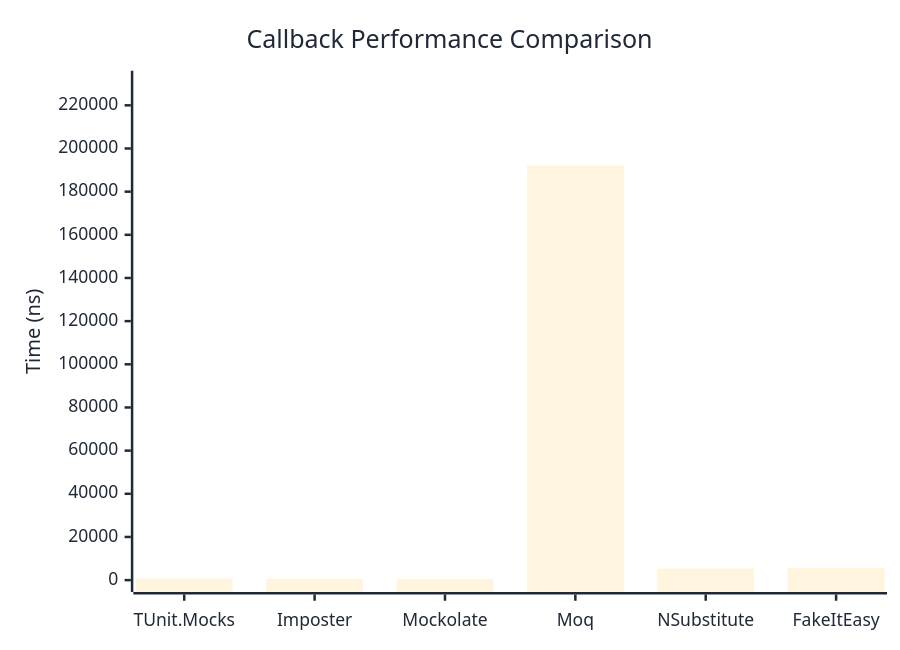
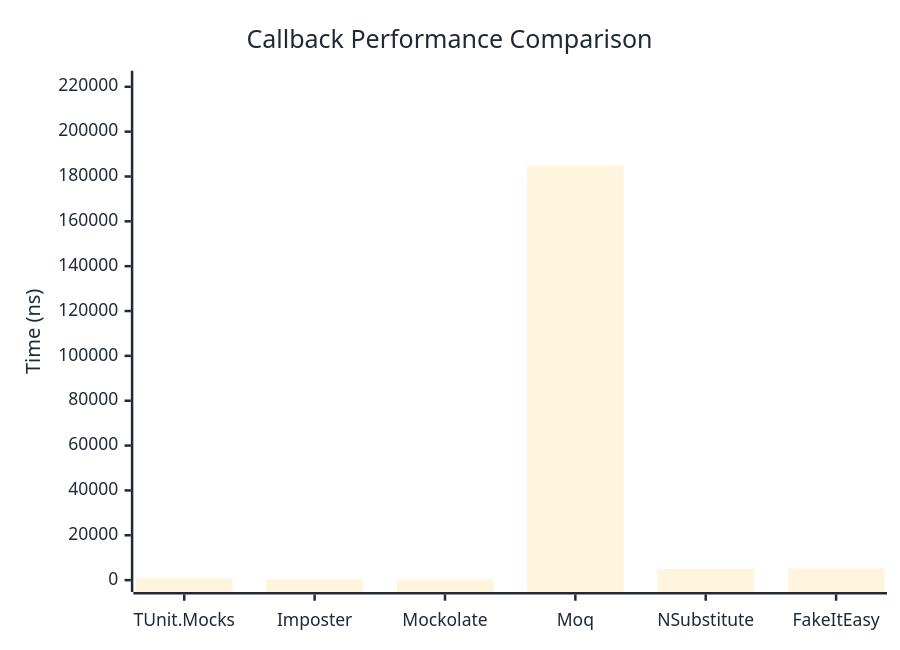
One commit to thomhurst/TUnit changed the first of 2 diagrams in docs/docs/benchmarks/mocks/Callback.md. Above: the diagram before and after it, drawn with Mermaid. The commit also changed other lines of this file and 14 other files, not shown here.

````diff
--- a/docs/docs/benchmarks/mocks/Callback.md
+++ b/docs/docs/benchmarks/mocks/Callback.md
@@ -30,27 +30,27 @@
 ```mermaid
 %%{init: {
   'theme':'base',
   'themeVariables': {
     'primaryColor': '#2563eb',
     'primaryTextColor': '#1f2937',
     'primaryBorderColor': '#1e40af',
     'lineColor': '#6b7280',
     'secondaryColor': '#7c3aed',
     'tertiaryColor': '#dc2626',
     'background': '#ffffff',
     'pie1': '#2563eb',
     'pie2': '#7c3aed',
     'pie3': '#dc2626',
     'pie4': '#f59e0b',
     'pie5': '#10b981',
     'pie6': '#06b6d4',
     'pie7': '#ec4899',
     'pie8': '#6366f1'
   }
 }}%%
 xychart-beta
   title "Callback Performance Comparison"
   x-axis ["TUnit.Mocks", "Imposter", "Mockolate", "Moq", "NSubstitute", "FakeItEasy"]
-  y-axis "Time (ns)" 0 --> 230519
-  bar [793.1, 579.9, 420.2, 192098.6, 5270.3, 5732.7]
+  y-axis "Time (ns)" 0 --> 221852
+  bar [752.4, 514.6, 359.2, 184876.1, 4930.9, 5238.7]
 ```
````
